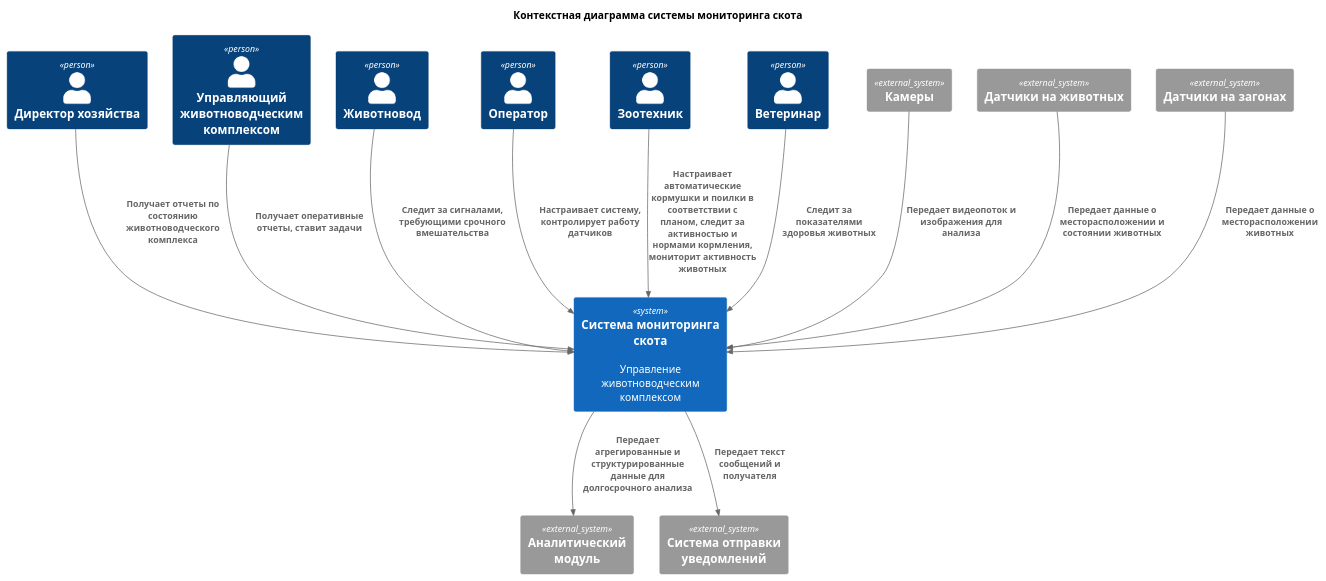
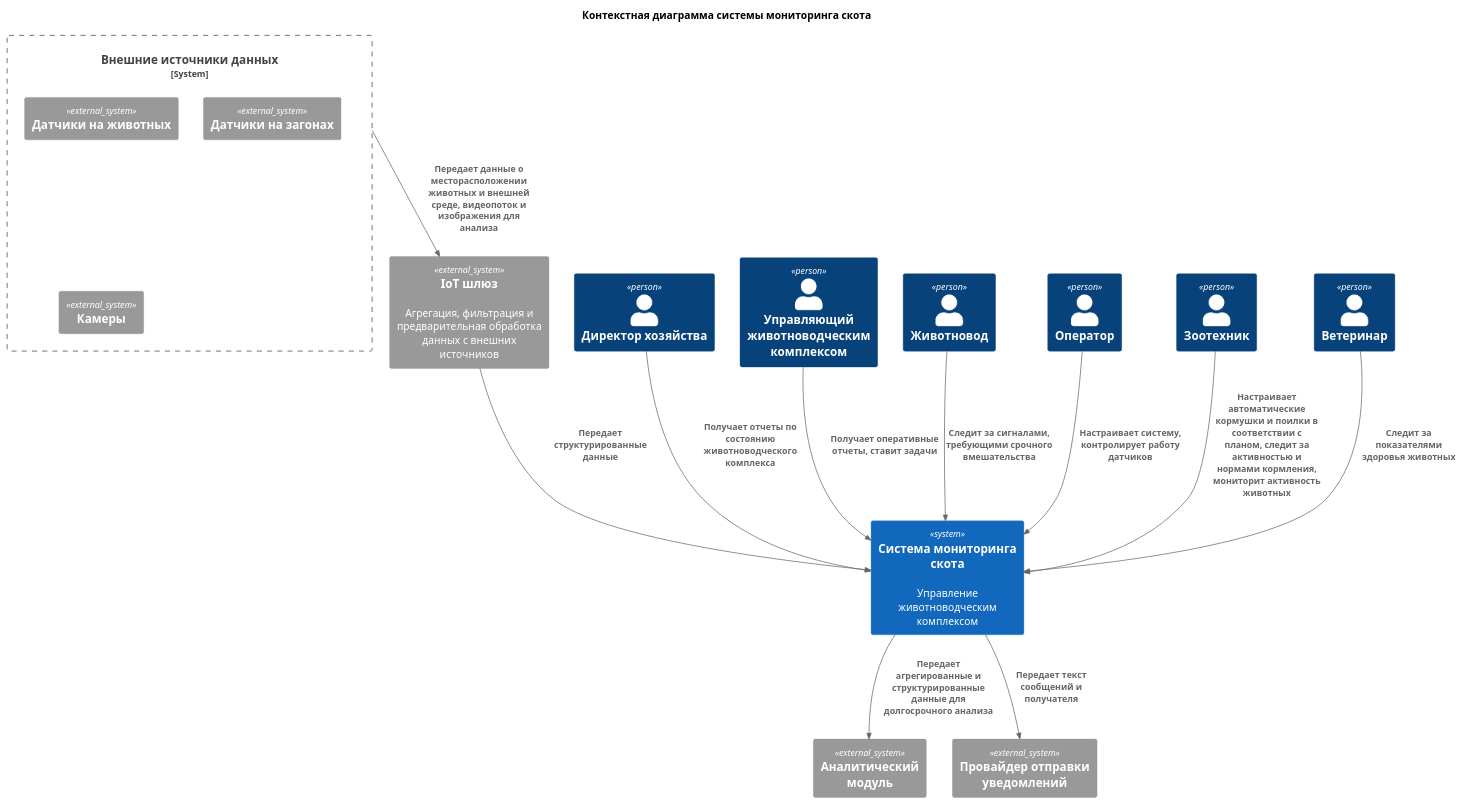
The diagram in Task1/C1(alt).puml (kmalkova94/MSA-AgroTech), drawn with PlantUML before and after one commit. The commit also changed 2 other files, not shown here.

Commit message:
update context diagram

```diff
--- a/Task1/C1(alt).puml
+++ b/Task1/C1(alt).puml
@@ -1,33 +1,35 @@
-@startuml Контекстная диаграмма системы мониторинга скота
+@startuml Альтернативная контекстная диаграмма системы мониторинга скота
 !include https://raw.githubusercontent.com/plantuml-stdlib/C4-PlantUML/master/C4_Container.puml
 
 title Контекстная диаграмма системы мониторинга скота
 
 Person(директор, "Директор хозяйства")
 Person(управляющий, "Управляющий животноводческим комплексом")
 Person(животновод, "Животновод")
 Person(оператор, "Оператор")
 Person(зоотехник, "Зоотехник")
 Person(ветеринар, "Ветеринар")
 
 System(PigMonitoringSystem, "Система мониторинга скота", "Управление животноводческим комплексом")
 System_Ext(аналитика, "Аналитический модуль")
-System_Ext(уведомления, "Система отправки уведомлений")
-System_Ext(камеры, "Камеры")
-System_Ext(датчики_животные, "Датчики на животных")
-System_Ext(датчики_загоны, "Датчики на загонах")
+System_Ext(уведомления, "Провайдер отправки уведомлений")
+System_Boundary(iot, "Внешние источники данных"){
+    System_Ext(датчики_животные, "Датчики на животных")
+    System_Ext(датчики_загоны, "Датчики на загонах")
+    System_Ext(камеры, "Камеры")
+}
+System_Ext(iot_шлюз, "IoT шлюз", "Агрегация, фильтрация и предварительная обработка данных с внешних источников")
 
 Rel(директор, PigMonitoringSystem, "Получает отчеты по состоянию животноводческого комплекса")
 Rel(управляющий, PigMonitoringSystem, "Получает оперативные отчеты, ставит задачи")
 Rel(оператор, PigMonitoringSystem, "Настраивает систему, контролирует работу датчиков")
 Rel(зоотехник, PigMonitoringSystem, "Настраивает автоматические кормушки и поилки в соответствии с планом, следит за активностью и нормами кормления, мониторит активность животных")
 Rel(ветеринар, PigMonitoringSystem, "Следит за показателями здоровья животных")
 Rel(животновод, PigMonitoringSystem, "Следит за сигналами, требующими срочного вмешательства")
 
-Rel(датчики_животные, PigMonitoringSystem, "Передает данные о месторасположении и состоянии животных")
-Rel(датчики_загоны, PigMonitoringSystem, "Передает данные о месторасположении животных")
-Rel(камеры, PigMonitoringSystem, "Передает видеопоток и изображения для анализа")
+Rel(iot, iot_шлюз, "Передает данные о месторасположении животных и внешней среде, видеопоток и изображения для анализа")
+Rel(iot_шлюз, PigMonitoringSystem, "Передает структурированные данные")
 Rel(PigMonitoringSystem, аналитика, "Передает агрегированные и структурированные данные для долгосрочного анализа")
 Rel(PigMonitoringSystem, уведомления, "Передает текст сообщений и получателя")
 
 @enduml
```
